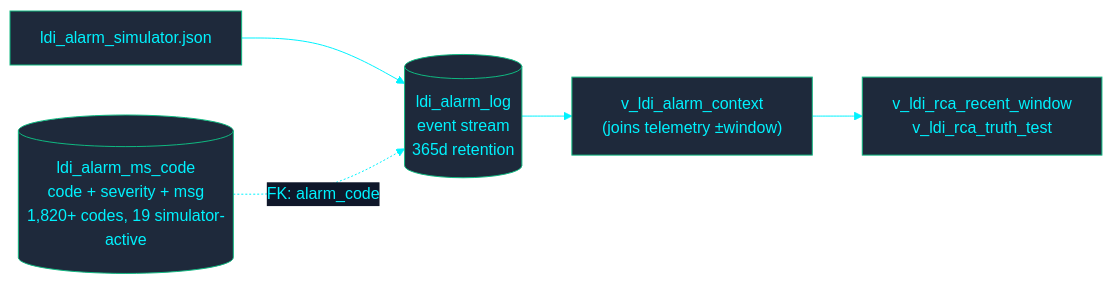
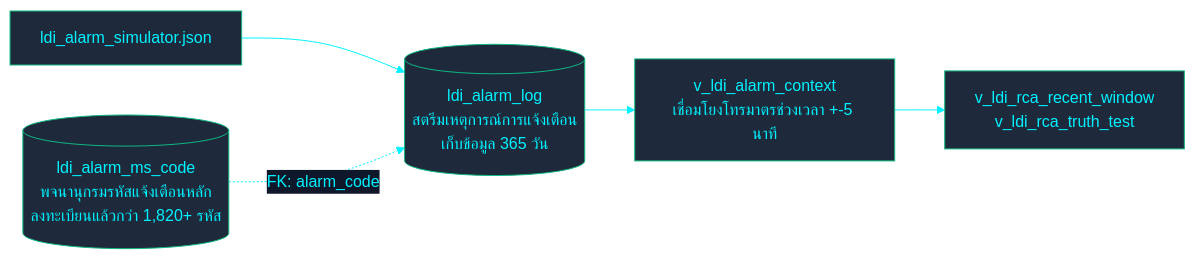
The third of 3 diagrams in th/docs/architecture/DATA_FLOW.md (PATTANAKORN025/IMS), drawn with Mermaid before and after one commit. The commit also changed other lines of this file and 29 other files, not shown here.

Commit message:
docs: elevate ADRs, data flow, DR playbooks, mock data, and update flag to Taiwan flag across en/th/zh-CN

````diff
--- a/th/docs/architecture/DATA_FLOW.md
+++ b/th/docs/architecture/DATA_FLOW.md
@@ -75,8 +202,14 @@
 ```mermaid
 %%{init: {'theme': 'base', 'themeVariables': { 'primaryColor': '#1e293b', 'primaryTextColor': '#00F2FE', 'primaryBorderColor': '#10B981', 'lineColor': '#00F2FE', 'secondaryColor': '#0f172a', 'tertiaryColor': '#0f172a', 'clusterBkg': '#030407', 'clusterBorder': '#00F2FE'}}}%%
 flowchart LR
- ALMSIM["ldi_alarm_simulator.json"] --> ALOG[("ldi_alarm_log\nevent stream\n365d retention")]
- MASTER[("ldi_alarm_ms_code\ncode + severity + msg\n1,820+ codes, 19 simulator-active")] -.->|"FK: alarm_code"| ALOG
- ALOG --> CTX["v_ldi_alarm_context\n(joins telemetry ±window)"]
- CTX --> RCA["v_ldi_rca_recent_window\nv_ldi_rca_truth_test"]
+  ALM_SIM["ldi_alarm_simulator.json"] --> ALOG[("ldi_alarm_log
+สตรีมเหตุการณ์การแจ้งเตือน
+เก็บข้อมูล 365 วัน")]
+  MASTER[("ldi_alarm_ms_code
+พจนานุกรมรหัสแจ้งเตือนหลัก
+ลงทะเบียนแล้วกว่า 1,820+ รหัส")] -.->|"FK: alarm_code"| ALOG
+  ALOG --> CTX["v_ldi_alarm_context
+เชื่อมโยงโทรมาตรช่วงเวลา +-5 นาที"]
+  CTX --> RCA["v_ldi_rca_recent_window
+v_ldi_rca_truth_test"]
 ```
````
